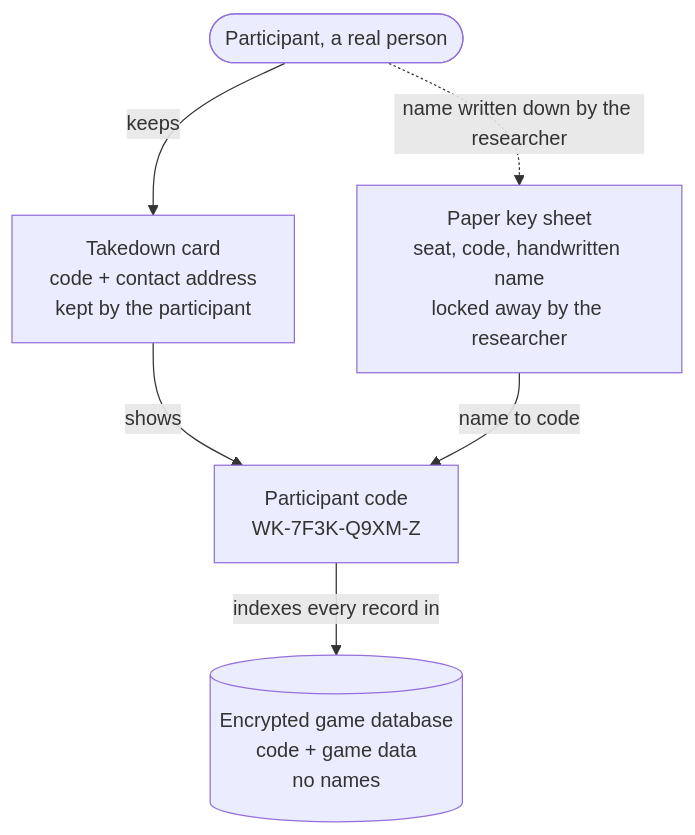
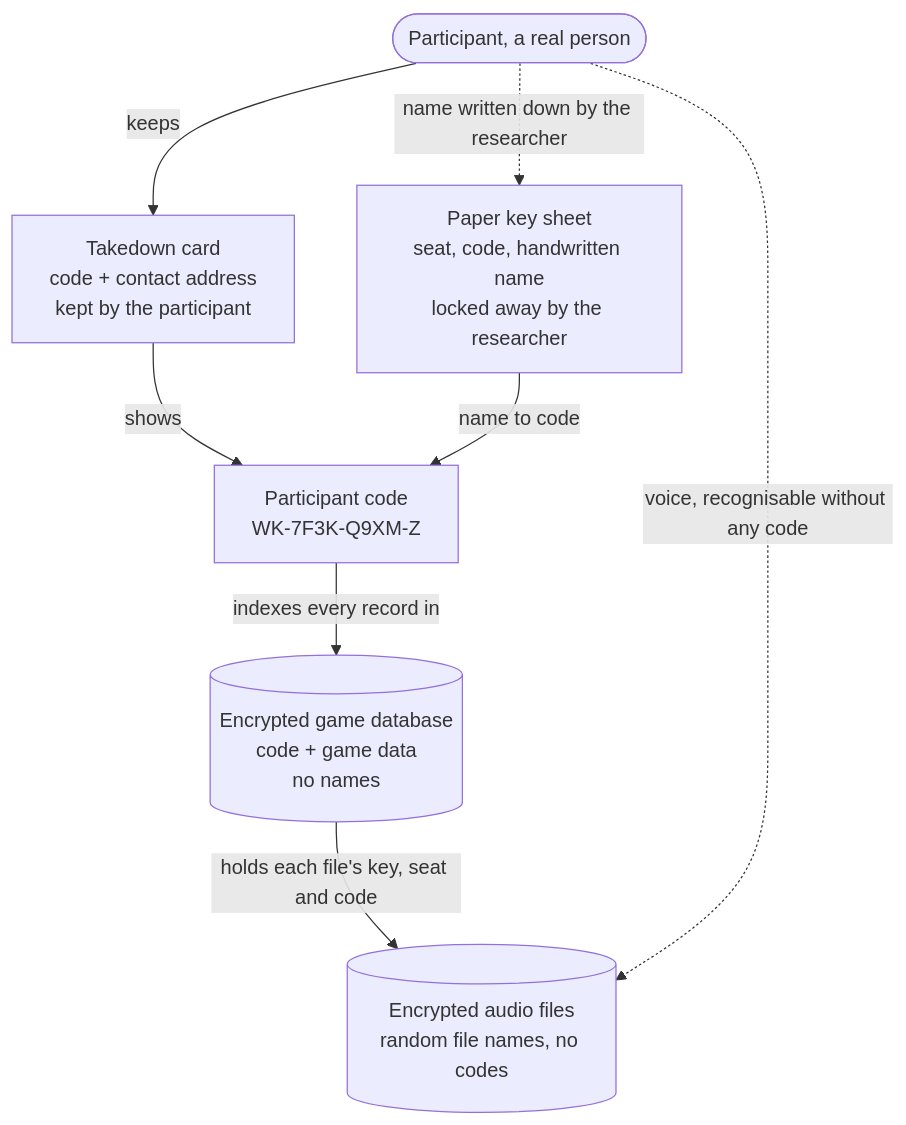
The second of 6 diagrams in docs/DATA-MANAGEMENT.md (xy-zak/WhoKnowsWhoActs), drawn with Mermaid before and after one commit. The commit also changed other lines of this file, not shown here.

First line of the commit message:
Docs: microphone audio in the data management and GDPR design (#2)

````diff
--- a/docs/DATA-MANAGEMENT.md
+++ b/docs/DATA-MANAGEMENT.md
@@ -123,13 +164,16 @@
 ```mermaid
 flowchart TB
   P(["Participant, a real person"])
   CODE["Participant code<br/>WK-7F3K-Q9XM-Z"]
   DB[("Encrypted game database<br/>code + game data<br/>no names")]
+  AUD[("Encrypted audio files<br/>random file names, no codes")]
   CARD["Takedown card<br/>code + contact address<br/>kept by the participant"]
   KEY["Paper key sheet<br/>seat, code, handwritten name<br/>locked away by the researcher"]
   P -->|keeps| CARD
   CARD -->|shows| CODE
   P -.->|name written down by the researcher| KEY
   KEY -->|name to code| CODE
   CODE -->|indexes every record in| DB
+  DB -->|holds each file's key, seat and code| AUD
+  P -.->|voice, recognisable without any code| AUD
 ```
````
